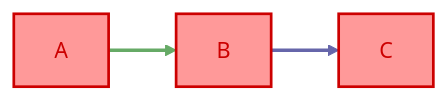
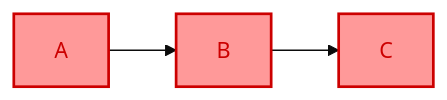
The diagram in README.md (walterrowe/python-utils), drawn with Mermaid (base theme) before and after one commit.

Commit message:
remove linkstyles - gfm doesn't appear to support them

````diff
--- a/README.md
+++ b/README.md
@@ -3,11 +3,7 @@
 ```mermaid
 graph LR
 
 classDef RED fill:#f99,color:#c00,stroke:#c00,stroke-width:2px;
 
 A:::RED --> B:::RED --> C:::RED
-
-linkStyle 0 stroke:#6a6,stroke-width:2pt;
-linkStyle 1 stroke:#66a,stroke-width:2pt;
-
 ```
````
